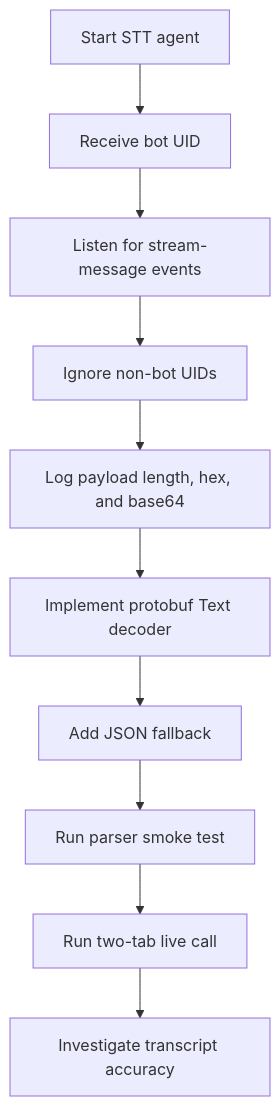
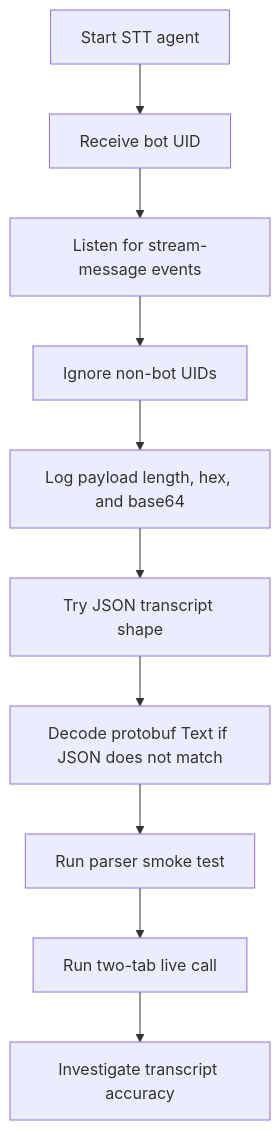
One commit to yizucodes/agora-call changed the second of 2 diagrams in WRITEUP.md. Above: the diagram before and after it, drawn with Mermaid. The commit also changed other lines of this file, not shown here.

Commit message:
docs(writeup): align STT parser steps with implementation
Document JSON-first then protobuf Text decoding to match parseSttStreamPayload.

````diff
--- a/WRITEUP.md
+++ b/WRITEUP.md
@@ -115,12 +115,12 @@
 ```mermaid
 flowchart TD
   Start["Start STT agent"] --> Bot["Receive bot UID"]
   Bot --> Listen["Listen for stream-message events"]
   Listen --> Filter["Ignore non-bot UIDs"]
   Filter --> Log["Log payload length, hex, and base64"]
-  Log --> Decode["Implement protobuf Text decoder"]
-  Decode --> Fallback["Add JSON fallback"]
-  Fallback --> Smoke["Run parser smoke test"]
+  Log --> Json["Try JSON transcript shape"]
+  Json --> Proto["Decode protobuf Text if JSON does not match"]
+  Proto --> Smoke["Run parser smoke test"]
   Smoke --> Live["Run two-tab live call"]
   Live --> Accuracy["Investigate transcript accuracy"]
 ```
````
